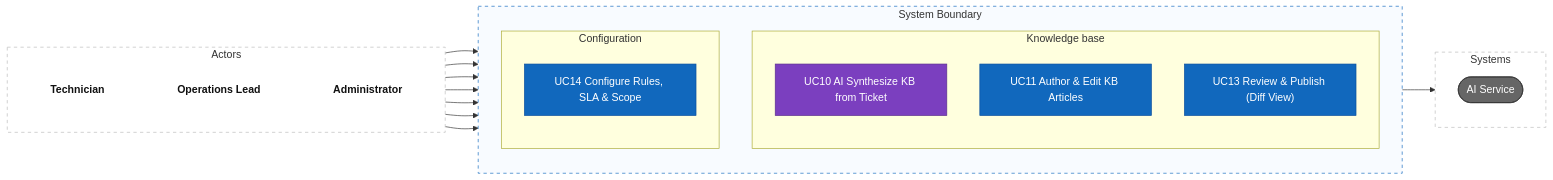
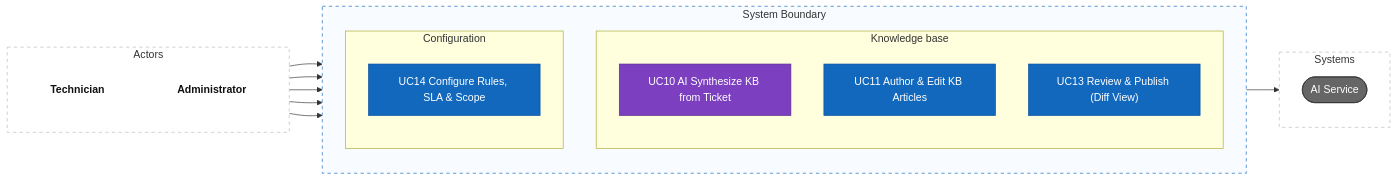
The fourth of 6 diagrams in README.md (Akaza-ban/Fable), drawn with Mermaid before and after one commit. The commit also changed other lines of this file, not shown here.

````diff
--- a/README.md
+++ b/README.md
@@ -148,45 +156,43 @@
 ```mermaid
 flowchart LR
     subgraph left["Actors"]
         direction TB
         tech["<b>Technician</b>"]
-        lead["<b>Operations Lead</b>"]
         admin["<b>Administrator</b>"]
     end
 
     subgraph system["System Boundary"]
         direction TB
         subgraph kb["Knowledge base"]
             direction TB
             uc10["UC10 AI Synthesize KB from Ticket"]
             uc11["UC11 Author & Edit KB Articles"]
             uc13["UC13 Review & Publish (Diff View)"]
         end
         subgraph config["Configuration"]
             direction TB
             uc14["UC14 Configure Rules, SLA & Scope"]
         end
     end
 
     subgraph right["Systems"]
         direction TB
         aiSvc(["AI Service"])
     end
 
     tech --> uc10 & uc11
-    lead --> uc10 & uc13
     admin --> uc11 & uc13 & uc14
     uc10 --> aiSvc
 
     classDef actor fill:none,stroke:none,color:#111
     classDef usecase fill:#1168bd,color:#fff,stroke:#0b4f9e
     classDef ai fill:#7b3fbf,color:#fff,stroke:#5a2d8c
     classDef external fill:#666,color:#fff,stroke:#333
-    class tech,lead,admin actor
+    class tech,admin actor
     class uc11,uc13,uc14 usecase
     class uc10 ai
     class aiSvc external
     style left fill:#fff,stroke:#bbb,stroke-dasharray:5 5
     style right fill:#fff,stroke:#bbb,stroke-dasharray:5 5
     style system fill:#f8fbff,stroke:#1168bd,stroke-dasharray:5 5
 ```
````
